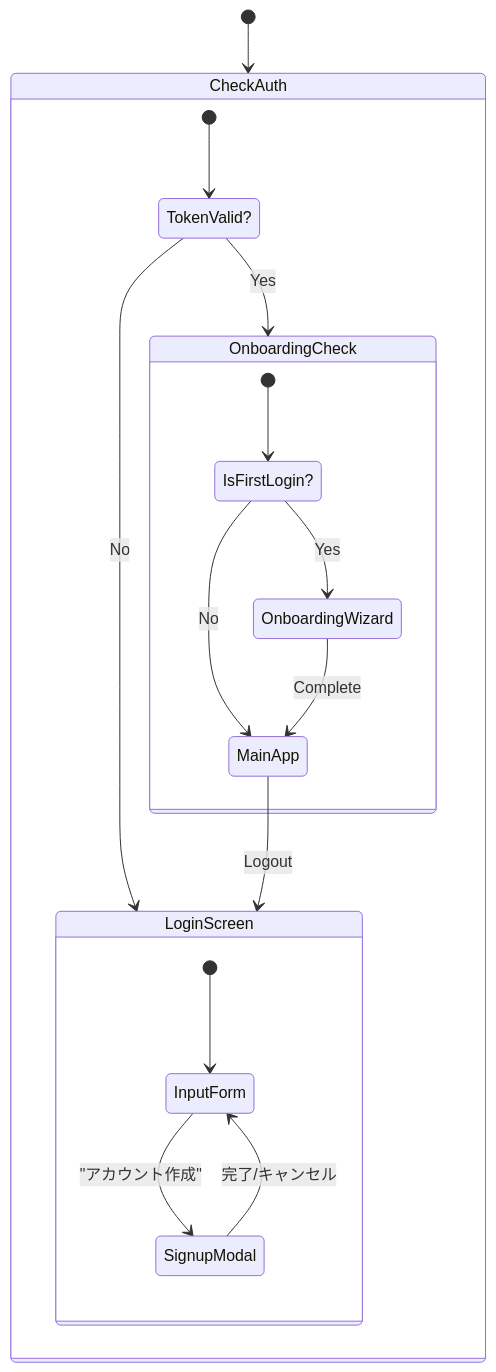
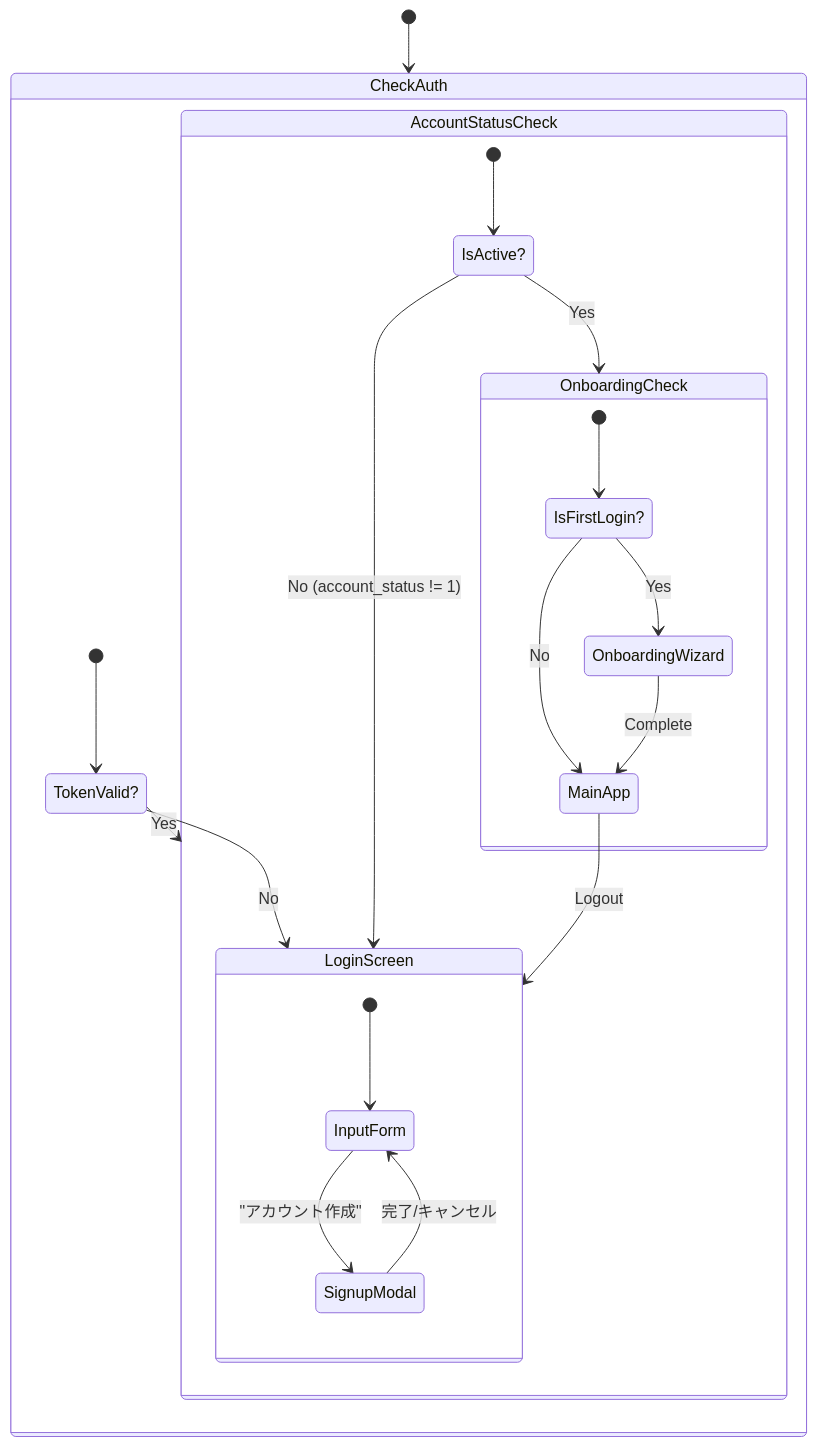
The third of 4 diagrams in public/社内 AI チャットボット認証機能 基本設計書 (Phase 1.5).md (takuya-flag414/dify-custom-ui-poc), drawn with Mermaid before and after one commit. The commit also changed other lines of this file and 5 other files, not shown here.

````diff
--- a/public/社内 AI チャットボット認証機能 基本設計書 (Phase 1.5).md
+++ b/public/社内 AI チャットボット認証機能 基本設計書 (Phase 1.5).md
@@ -145,26 +160,32 @@
 ```mermaid
 stateDiagram-v2
     [*] --> CheckAuth
 
     state CheckAuth {
         [*] --> TokenValid?
         TokenValid? --> LoginScreen : No
-        TokenValid? --> OnboardingCheck : Yes
+        TokenValid? --> AccountStatusCheck : Yes
+    }
+
+    state AccountStatusCheck {
+        [*] --> IsActive?
+        IsActive? --> LoginScreen : No (account_status != 1)
+        IsActive? --> OnboardingCheck : Yes
     }
 
     state LoginScreen {
         [*] --> InputForm
         InputForm --> SignupModal : "アカウント作成"
         SignupModal --> InputForm : 完了/キャンセル
     }
 
     state OnboardingCheck {
         [*] --> IsFirstLogin?
         IsFirstLogin? --> OnboardingWizard : Yes
         IsFirstLogin? --> MainApp : No
     }
 
     OnboardingWizard --> MainApp : Complete
     MainApp --> LoginScreen : Logout
 
 ```
````
